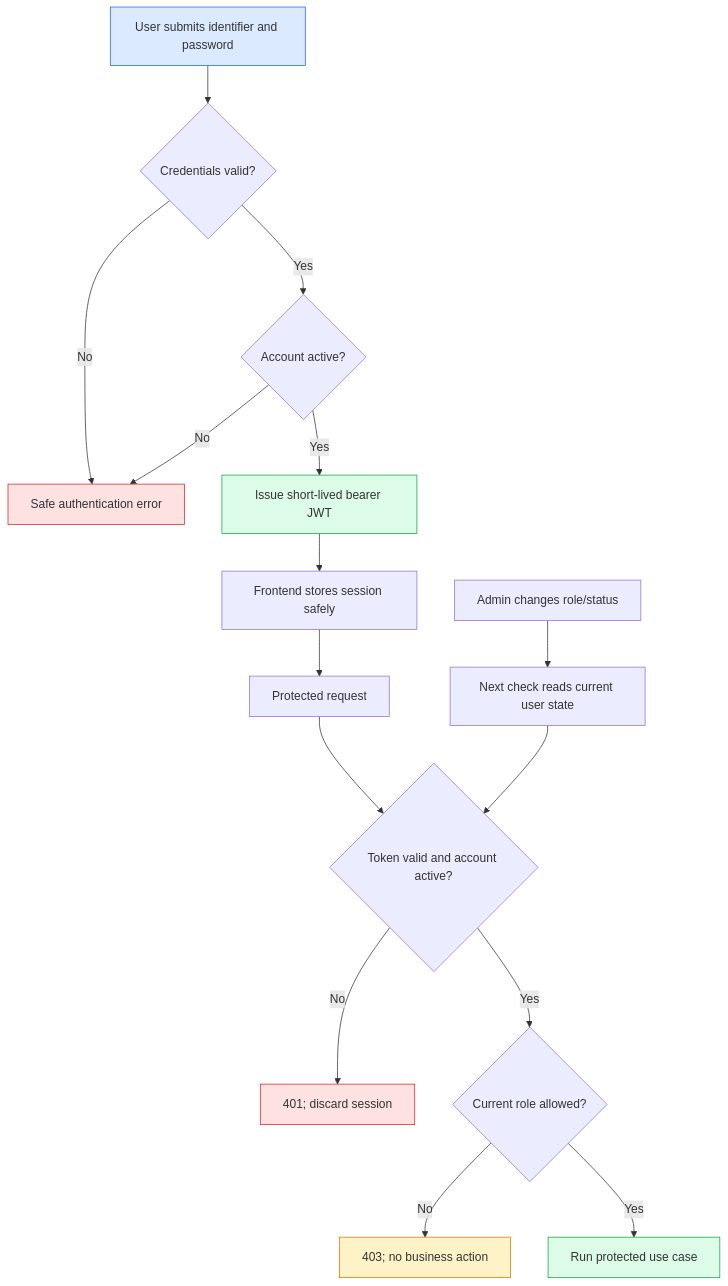
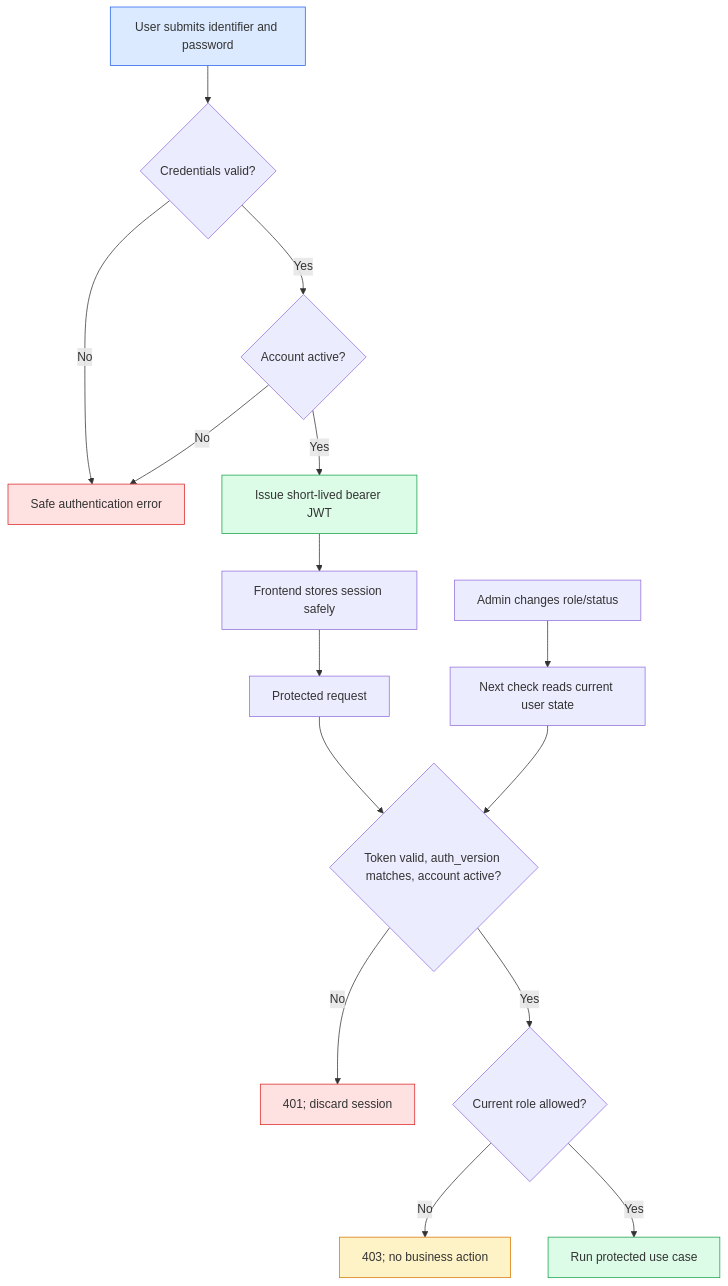
The diagram in docs/03-spec/auth-password-jwt-spec.md (sdd-lab-leo/quarry-kb), drawn with Mermaid before and after one commit. The commit also changed other lines of this file and 15 other files, not shown here.

````diff
--- a/docs/03-spec/auth-password-jwt-spec.md
+++ b/docs/03-spec/auth-password-jwt-spec.md
@@ -78,23 +84,23 @@
 ```mermaid
 flowchart TD
     A["User submits identifier and password"] --> B{"Credentials valid?"}
     B -- "No" --> E["Safe authentication error"]
     B -- "Yes" --> C{"Account active?"}
     C -- "No" --> E
     C -- "Yes" --> D["Issue short-lived bearer JWT"]
     D --> F["Frontend stores session safely"]
     F --> G["Protected request"]
-    G --> H{"Token valid and account active?"}
+    G --> H{"Token valid, auth_version matches, account active?"}
     H -- "No" --> I["401; discard session"]
     H -- "Yes" --> J{"Current role allowed?"}
     J -- "No" --> K["403; no business action"]
     J -- "Yes" --> L["Run protected use case"]
     M["Admin changes role/status"] --> N["Next check reads current user state"]
     N --> H
     style A fill:#dbeafe,stroke:#2563eb
     style D fill:#dcfce7,stroke:#16a34a
     style L fill:#dcfce7,stroke:#16a34a
     style E fill:#fee2e2,stroke:#dc2626
     style I fill:#fee2e2,stroke:#dc2626
     style K fill:#fef3c7,stroke:#d97706
 ```
````
